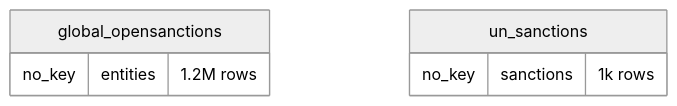
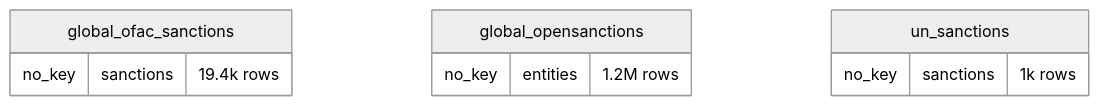
Before and after one commit to rafapolo/rodado: diagram 21 of 31 in docs/mapa/ERD_EN.md, drawn with Mermaid (neutral theme). The commit also changed other lines of this file and 9 other files, not shown here.

````diff
--- a/docs/mapa/ERD_EN.md
+++ b/docs/mapa/ERD_EN.md
@@ -1929,9 +1928,12 @@
 ```mermaid
 erDiagram
+    global_ofac_sanctions {
+        no_key sanctions "19.4k rows"
+    }
     global_opensanctions {
         no_key entities "1.2M rows"
     }
     un_sanctions {
         no_key sanctions "1k rows"
     }
 ```
````
